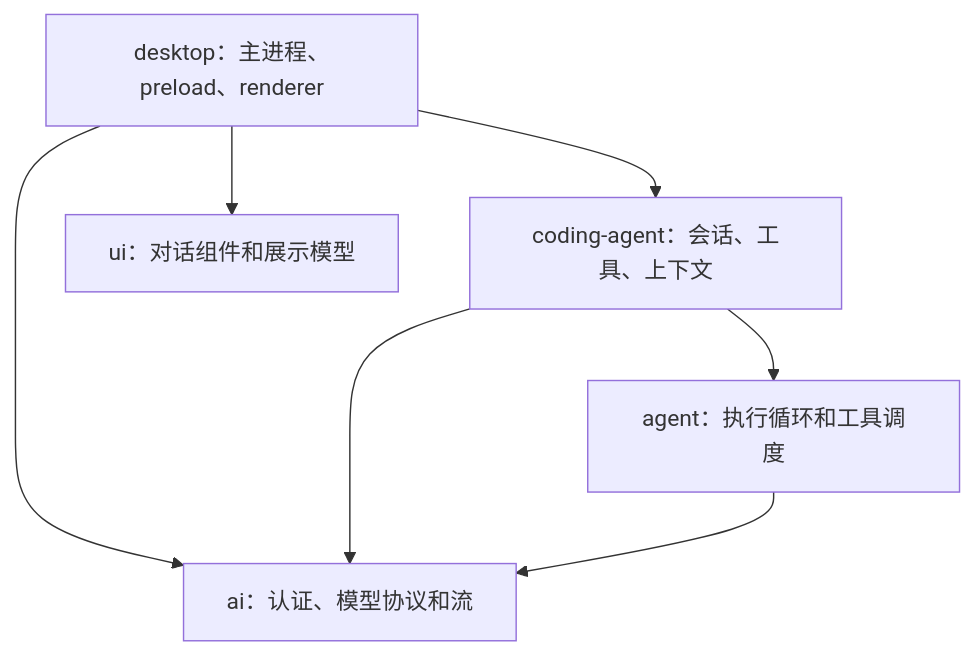
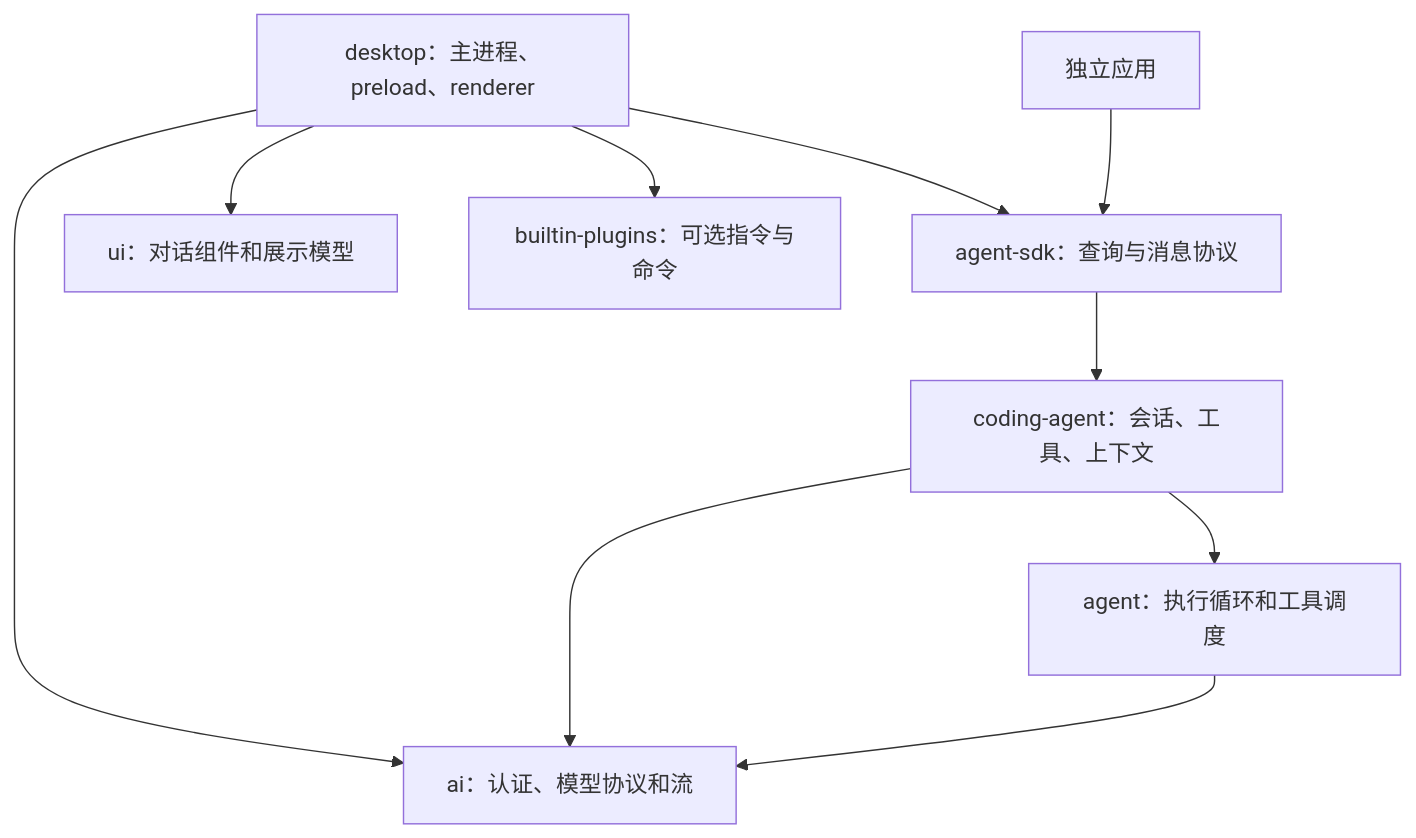
One commit to 1316151417/zpi changed the first of 2 diagrams in docs/design.md. Above: the diagram before and after it, drawn with Mermaid. The commit also changed other lines of this file and 286 other files, not shown here.

First line of the commit message:
Introduce Agent SDK and plugin hooks, extract Quick Chat

````diff
--- a/docs/design.md
+++ b/docs/design.md
@@ -25,9 +25,12 @@
 ```mermaid
 flowchart TD
-  D[desktop：主进程、preload、renderer] --> C[coding-agent：会话、工具、上下文]
+  D[desktop：主进程、preload、renderer] --> SDK[agent-sdk：查询与消息协议]
+  Q[独立应用] --> SDK
+  SDK --> C[coding-agent：会话、工具、上下文]
   D --> U[ui：对话组件和展示模型]
   D --> AI[ai：认证、模型协议和流]
   C --> A[agent：执行循环和工具调度]
   C --> AI
   A --> AI
+  D --> B[builtin-plugins：可选指令与命令]
 ```
````
